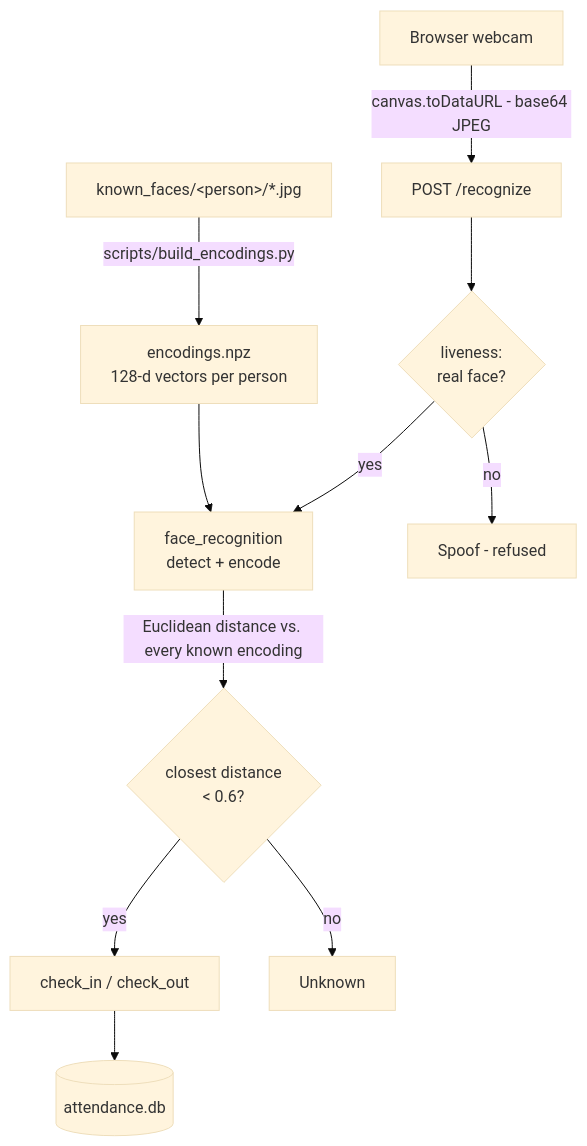
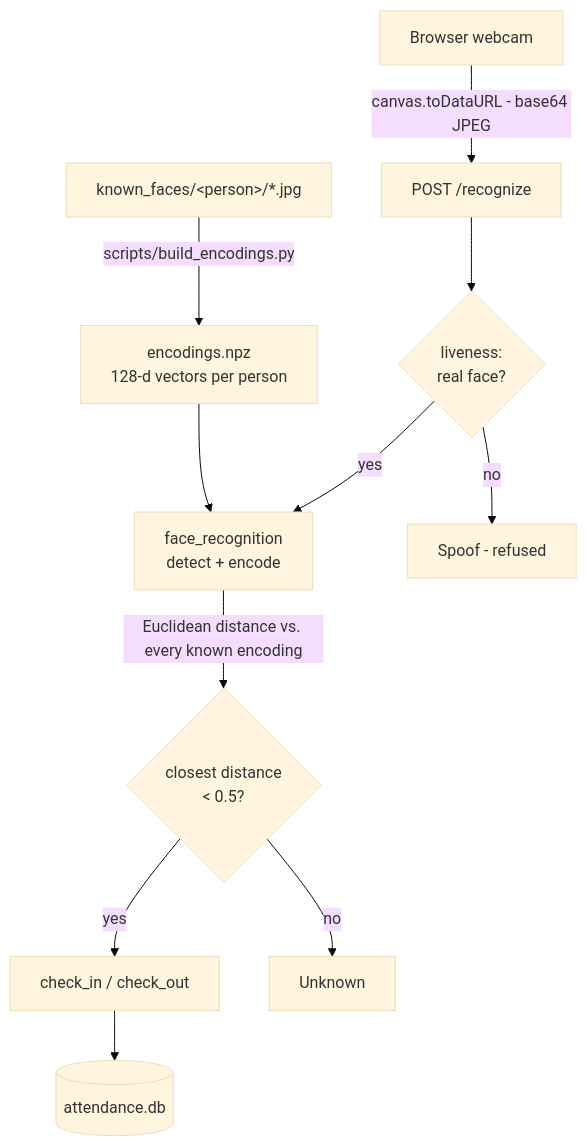
One commit to b1lquees/FaceRecognition-AttendanceSystem changed the diagram in README.md. Above: the diagram before and after it, drawn with Mermaid (base theme). The commit also changed other lines of this file and 11 other files, not shown here.

````diff
--- a/README.md
+++ b/README.md
@@ -41,13 +41,13 @@
 ```mermaid
 flowchart TD
     A[known_faces/&lt;person&gt;/*.jpg] -->|scripts/build_encodings.py| B[encodings.npz<br/>128-d vectors per person]
     C[Browser webcam] -->|canvas.toDataURL - base64 JPEG| D[POST /recognize]
     B --> E
     D --> L{liveness:<br/>real face?}
     L -->|no| S[Spoof - refused]
     L -->|yes| E[face_recognition<br/>detect + encode]
-    E -->|Euclidean distance vs. every known encoding| F{closest distance<br/>&lt; 0.6?}
+    E -->|Euclidean distance vs. every known encoding| F{closest distance<br/>&lt; 0.5?}
     F -->|yes| G[check_in / check_out]
     F -->|no| H[Unknown]
     G --> I[(attendance.db)]
 ```
````
